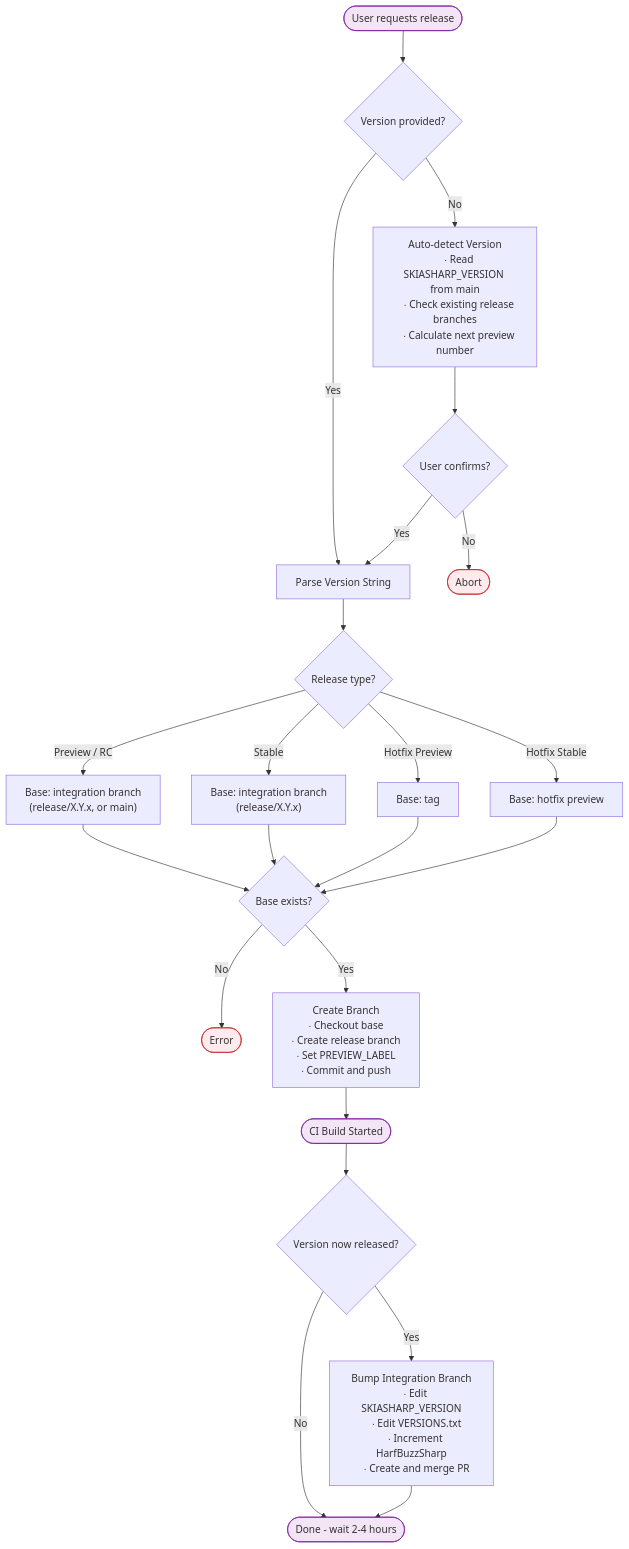
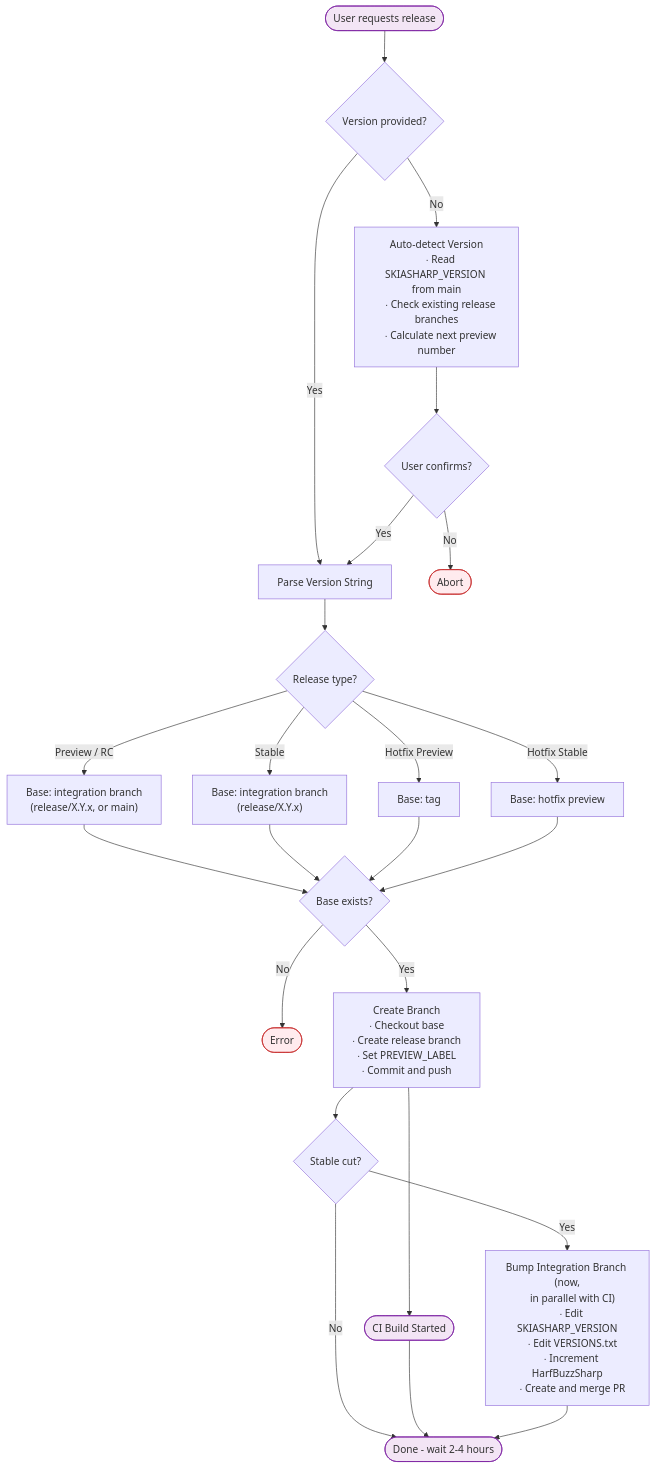
One commit to mono/SkiaSharp changed the first of 3 diagrams in documentation/dev/releasing.md. Above: the diagram before and after it, drawn with Mermaid. The commit also changed other lines of this file and 1 other file, not shown here.

Commit message:
Bump the integration branch immediately at stable-cut time, not after publish
Once a stable release branch is cut, PRs keep merging into the integration
branch (release/X.Y.x, and main for its line). Those changes must land on the
next version, so the integration branch has to be bumped immediately at branch
time — not after the release publishes — otherwise post-branch merges collide
with the just-released version. Fixes for the cut release go on its own
release/{version} branch.

Clarify the timing in the Step 5 heading/prose, the integration-branch concept
notes, and the releasing.md base-branch note and Stage 1 diagram (the bump now
runs in parallel with CI, gated on 'stable cut?' rather than 'version released?').

````diff
--- a/documentation/dev/releasing.md
+++ b/documentation/dev/releasing.md
@@ -96,58 +97,59 @@
 ```mermaid
 flowchart TB
     START([User requests release]) --> PROVIDED{Version provided?}
     
     PROVIDED -->|Yes| PARSE
     PROVIDED -->|No| AUTO
     
     AUTO["Auto-detect Version
     ∙ Read SKIASHARP_VERSION from main
     ∙ Check existing release branches
     ∙ Calculate next preview number"]
     
     AUTO --> CONFIRM{User confirms?}
     CONFIRM -->|No| ABORT([Abort])
     CONFIRM -->|Yes| PARSE
     
     PARSE["Parse Version String"] --> TYPE{Release type?}
     
     TYPE -->|Preview / RC| BASE_INTEG["Base: integration branch
     (release/X.Y.x, or main)"]
     TYPE -->|Stable| BASE_STABLE["Base: integration branch
     (release/X.Y.x)"]
     TYPE -->|Hotfix Preview| BASE_TAG["Base: tag"]
     TYPE -->|Hotfix Stable| BASE_HOTFIX["Base: hotfix preview"]
     
     BASE_INTEG --> EXISTS{Base exists?}
     BASE_STABLE --> EXISTS
     BASE_TAG --> EXISTS
     BASE_HOTFIX --> EXISTS
     EXISTS -->|No| ERROR([Error])
     
     EXISTS -->|Yes| CREATE
     
     CREATE["Create Branch
     ∙ Checkout base
     ∙ Create release branch
     ∙ Set PREVIEW_LABEL
     ∙ Commit and push"]
     
     CREATE --> CI([CI Build Started])
-    
-    CI --> IS_RELEASED{Version now released?}
-    IS_RELEASED -->|No| DONE([Done - wait 2-4 hours])
-    IS_RELEASED -->|Yes| BUMP
-    
-    BUMP["Bump Integration Branch
+    CREATE --> IS_STABLE{Stable cut?}
+    IS_STABLE -->|No| DONE([Done - wait 2-4 hours])
+    IS_STABLE -->|Yes| BUMP
+
+    BUMP["Bump Integration Branch (now,
+    in parallel with CI)
     ∙ Edit SKIASHARP_VERSION
     ∙ Edit VERSIONS.txt
     ∙ Increment HarfBuzzSharp
     ∙ Create and merge PR"]
     
+    CI --> DONE
     BUMP --> DONE
 
     classDef error fill:#ffebee,stroke:#c62828
     classDef endpoint fill:#f3e5f5,stroke:#7b1fa2
     class ABORT,ERROR error
     class START,CI,DONE endpoint
 ```
````
